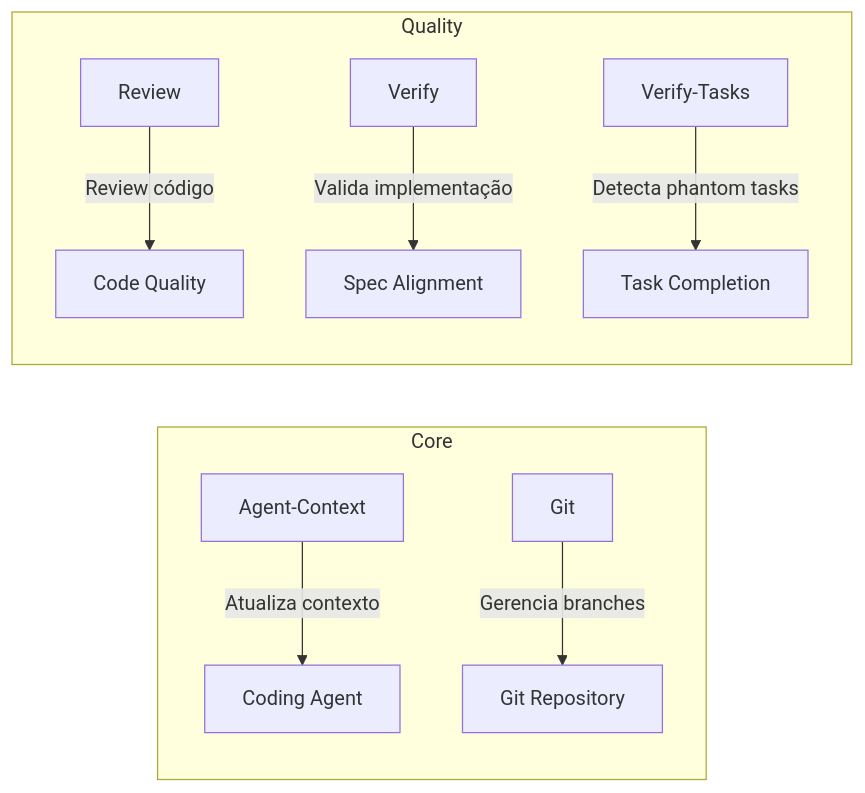
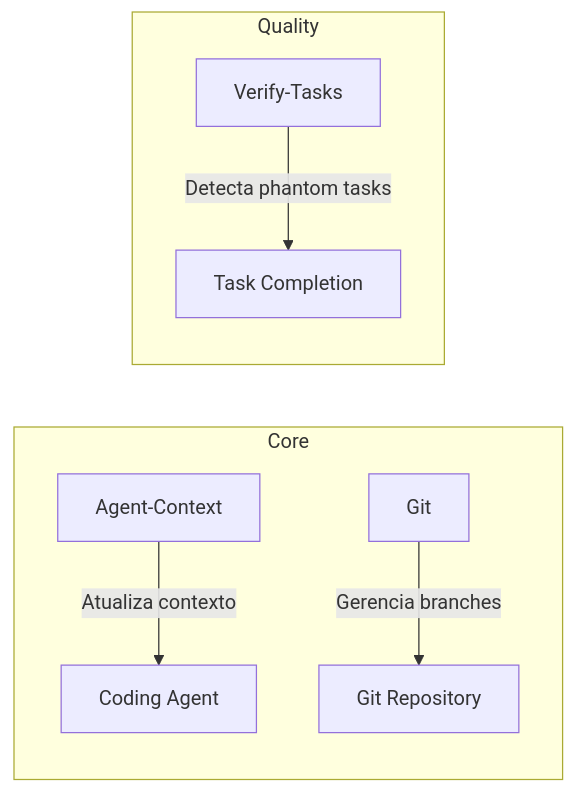
One commit to wagner-sousa/spec-kit-docker changed the third of 10 diagrams in README.md. Above: the diagram before and after it, drawn with Mermaid. The commit also changed other lines of this file and 134 other files, not shown here.

````diff
--- a/README.md
+++ b/README.md
@@ -131,12 +154,10 @@
 ```mermaid
 graph LR
     subgraph "Core"
         A[Agent-Context] -->|Atualiza contexto| L[Coding Agent]
         B[Git] -->|Gerencia branches| M[Git Repository]
     end
     subgraph "Quality"
-        C[Review] -->|Review código| N[Code Quality]
-        D[Verify] -->|Valida implementação| O[Spec Alignment]
         E[Verify-Tasks] -->|Detecta phantom tasks| P[Task Completion]
     end
 ```
````
